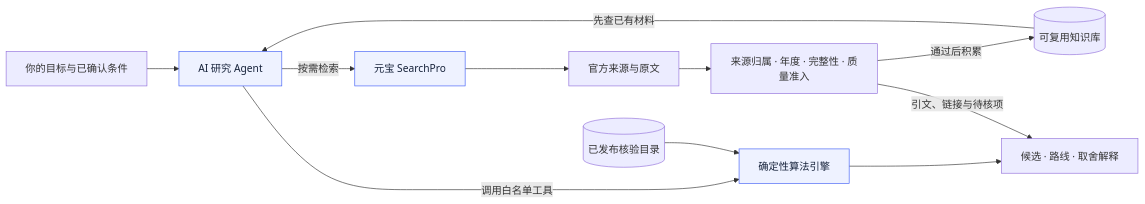
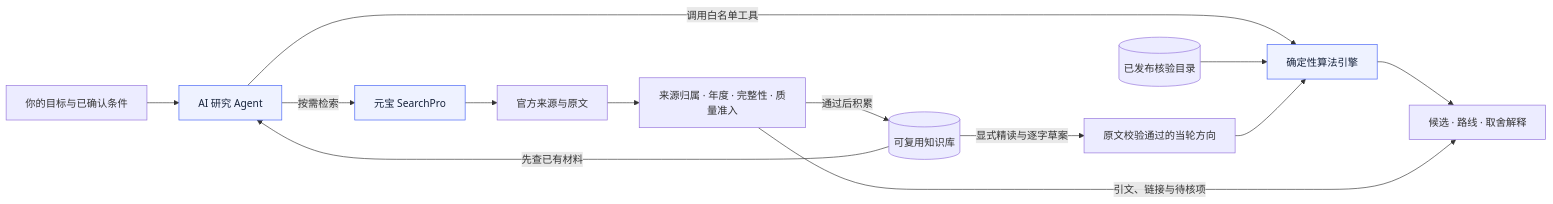
The first of 2 diagrams in README.md (xiaosongxiaosong1111/yanxu-ai), drawn with Mermaid before and after one commit. The commit also changed other lines of this file and 41 other files, not shown here.

````diff
--- a/README.md
+++ b/README.md
@@ -70,15 +70,17 @@
 ```mermaid
 flowchart LR
     U[你的目标与已确认条件] --> A[AI 研究 Agent]
     K[(可复用知识库)] -->|先查已有材料| A
     A -->|按需检索| Y[元宝 SearchPro]
     Y --> D[官方来源与原文]
     D --> V[来源归属 · 年度 · 完整性 · 质量准入]
     V -->|通过后积累| K
+    K -->|显式精读与逐字草案| T[原文校验通过的当轮方向]
     A -->|调用白名单工具| E[确定性算法引擎]
     P[(已发布核验目录)] --> E
+    T --> E
     E --> R[候选 · 路线 · 取舍解释]
     V -->|引文、链接与待核项| R
     classDef blue fill:#eef2ff,stroke:#4260f6,color:#17233b;
     class A,Y,E blue;
 ```
````
